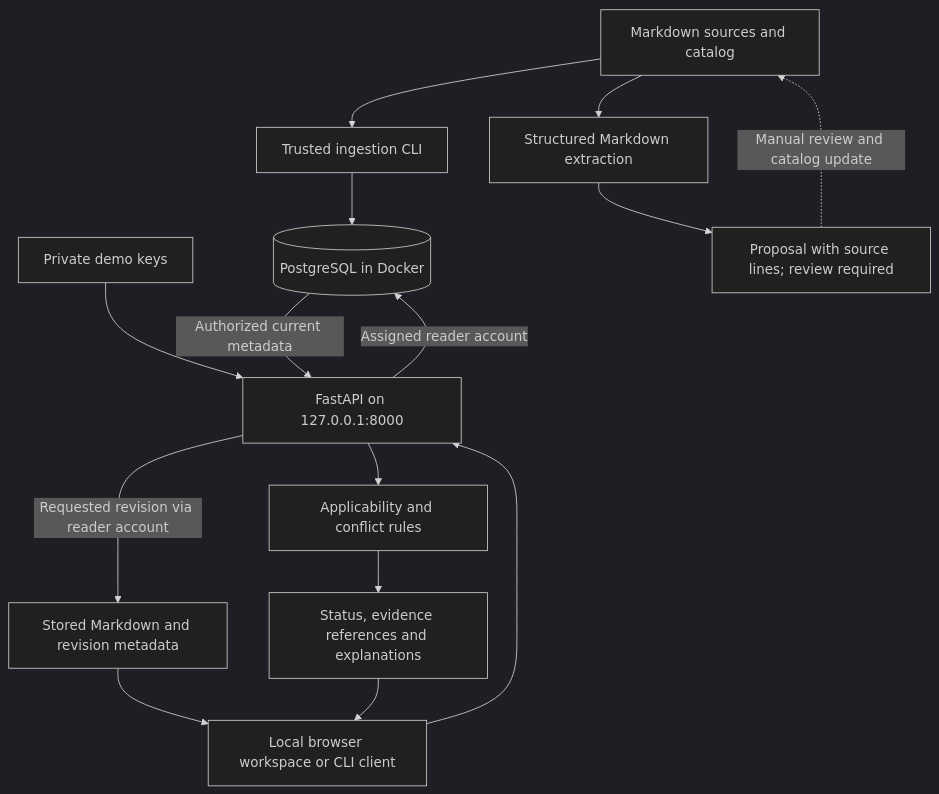
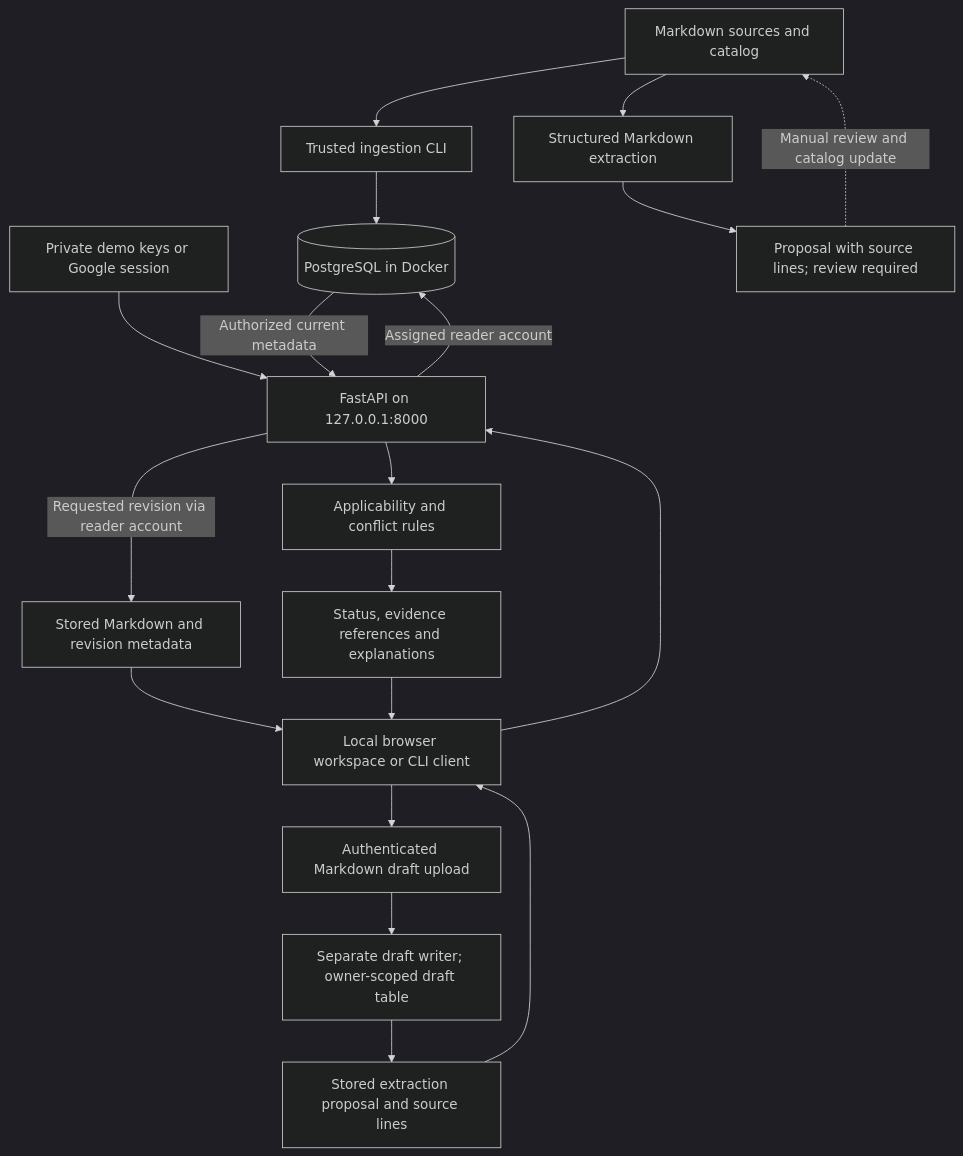
Before and after one commit to Asritha7/opslens-ai: the diagram in docs/architecture.md, drawn with Mermaid (dark theme). The commit also changed other lines of this file and 18 other files, not shown here.

Commit message:
feat(drafts): add private Markdown uploads and extraction previews

````diff
--- a/docs/architecture.md
+++ b/docs/architecture.md
@@ -5,17 +5,21 @@
 ```mermaid
 flowchart TD
     Source["Markdown sources and catalog"] --> Ingest["Trusted ingestion CLI"]
     Ingest --> DB[("PostgreSQL in Docker")]
     Client["Local browser workspace or CLI client"] --> API["FastAPI on 127.0.0.1:8000"]
-    Keys["Private demo keys"] --> API
+    Keys["Private demo keys or Google session"] --> API
+    Client --> Upload["Authenticated Markdown draft upload"]
+    Upload --> DraftStore["Separate draft writer; owner-scoped draft table"]
+    DraftStore --> Preview["Stored extraction proposal and source lines"]
+    Preview --> Client
     API -->|"Assigned reader account"| DB
     DB -->|"Authorized current metadata"| API
     API -->|"Requested revision via reader account"| Evidence["Stored Markdown and revision metadata"]
     Evidence --> Client
     API --> Selector["Applicability and conflict rules"]
     Selector --> Result["Status, evidence references and explanations"]
     Result --> Client
     Source --> Extract["Structured Markdown extraction"]
     Extract --> Proposal["Proposal with source lines; review required"]
     Proposal -.->|"Manual review and catalog update"| Source
 ```
````
